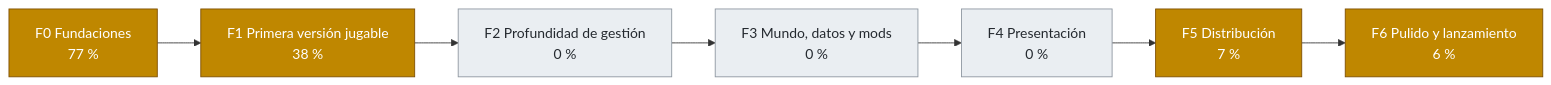
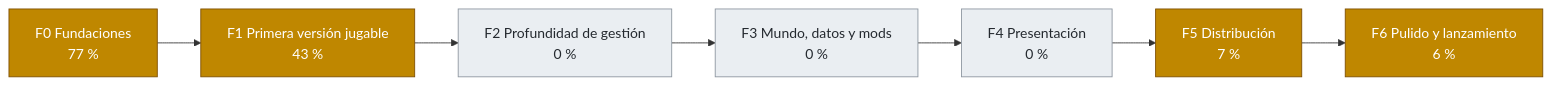
One commit to dariogea/BM27 changed the second of 2 diagrams in docs/roadmap.md. Above: the diagram before and after it, drawn with Mermaid. The commit also changed other lines of this file and 17 other files, not shown here.

````diff
--- a/docs/roadmap.md
+++ b/docs/roadmap.md
@@ -50,21 +50,21 @@
 ```mermaid
 flowchart LR
   F0["F0 Fundaciones<br/>77 %"]
-  F1["F1 Primera versión jugable<br/>38 %"]
+  F1["F1 Primera versión jugable<br/>43 %"]
   F2["F2 Profundidad de gestión<br/>0 %"]
   F3["F3 Mundo, datos y mods<br/>0 %"]
   F4["F4 Presentación<br/>0 %"]
   F5["F5 Distribución<br/>7 %"]
   F6["F6 Pulido y lanzamiento<br/>6 %"]
   F0 --> F1 --> F2 --> F3 --> F4 --> F5 --> F6
   classDef hecho fill:#2da44e,color:#fff,stroke:#1a7f37;
   classDef curso fill:#bf8700,color:#fff,stroke:#7d4e00;
   classDef pendiente fill:#eaeef2,color:#24292f,stroke:#8c959f;
   class F0 curso;
   class F1 curso;
   class F2 pendiente;
   class F3 pendiente;
   class F4 pendiente;
   class F5 curso;
   class F6 curso;
 ```
````
